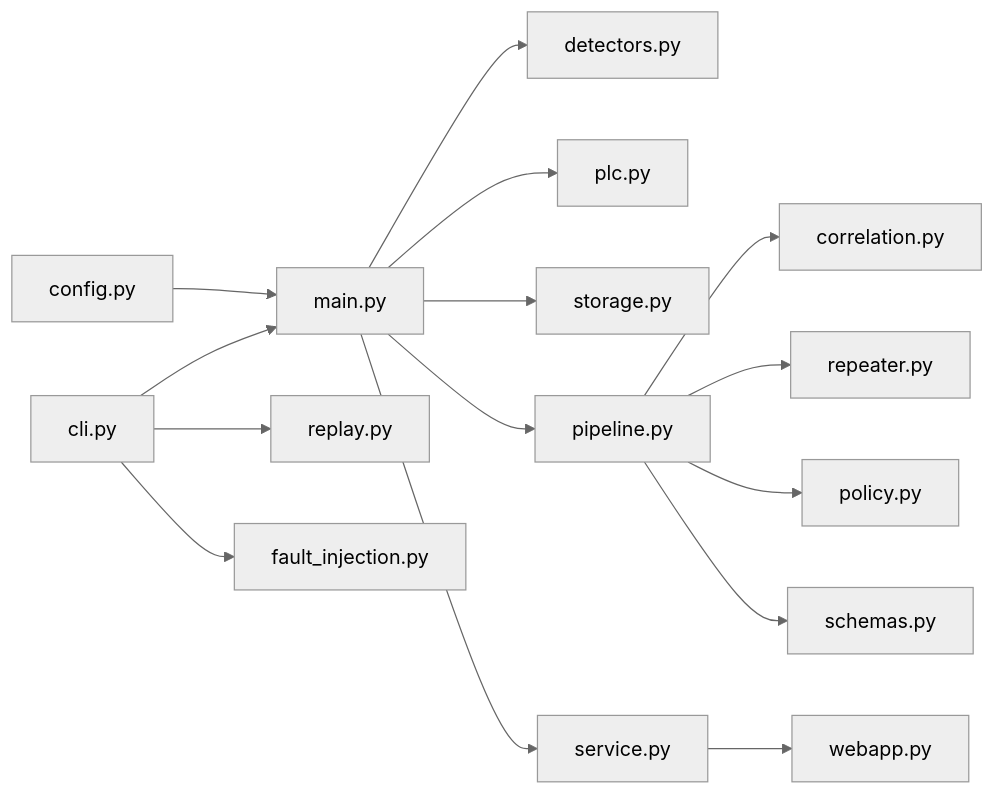
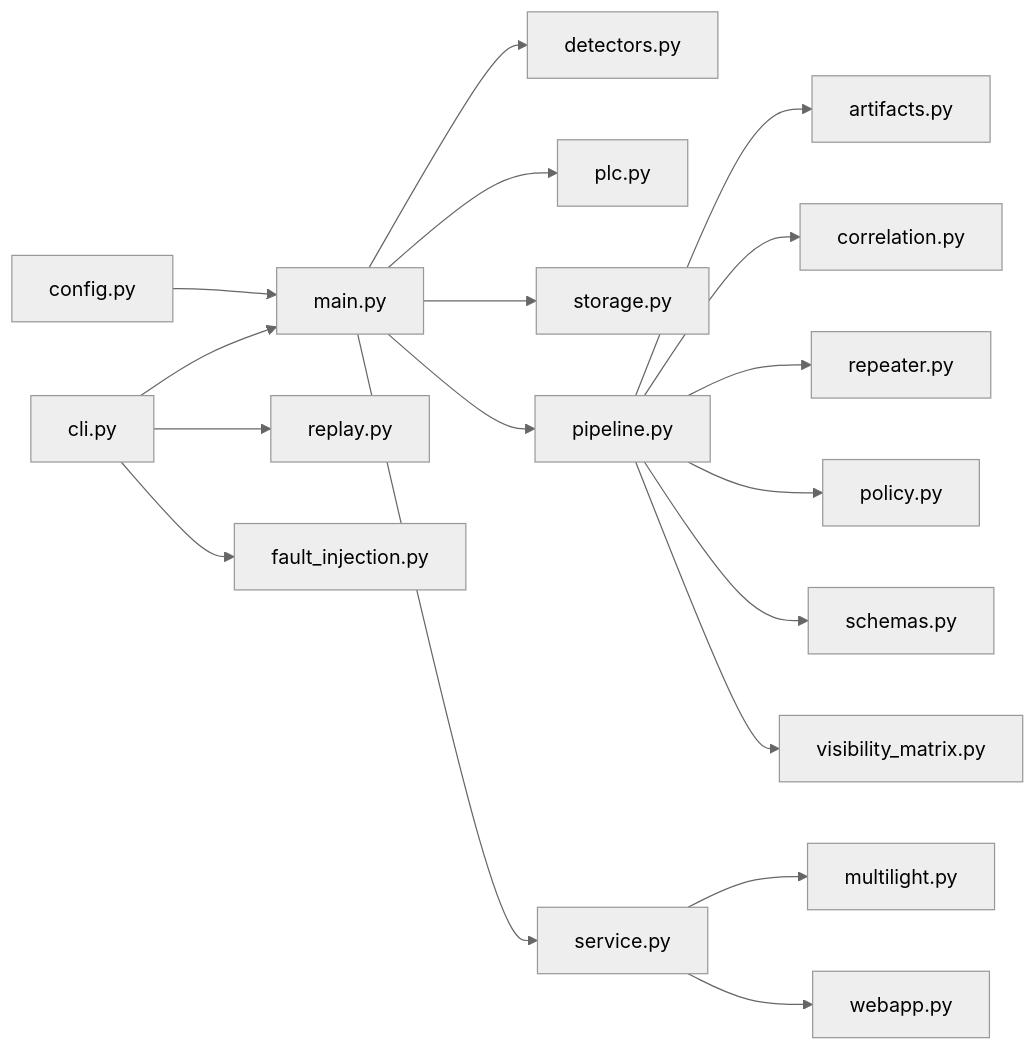
Before and after one commit to MzKyle/Defect-detection-of-water-sampling-bags: the diagram in docs/modules/README.md, drawn with Mermaid (neutral theme). The commit also changed other lines of this file and 43 other files, not shown here.

````diff
--- a/docs/modules/README.md
+++ b/docs/modules/README.md
@@ -7,17 +7,20 @@
 ```mermaid
 graph LR
     CFG["config.py"] --> MAIN["main.py"]
     MAIN --> DET["detectors.py"]
     MAIN --> PLC["plc.py"]
     MAIN --> DB["storage.py"]
     MAIN --> PIPE["pipeline.py"]
+    PIPE --> ART["artifacts.py"]
     PIPE --> COR["correlation.py"]
     PIPE --> REP["repeater.py"]
     PIPE --> POL["policy.py"]
     PIPE --> SCH["schemas.py"]
+    PIPE --> VIS["visibility_matrix.py"]
     MAIN --> RT["service.py"]
+    RT --> ML["multilight.py"]
     RT --> WEB["webapp.py"]
     CLI["cli.py"] --> MAIN
     CLI --> RPL["replay.py"]
     CLI --> FI["fault_injection.py"]
 ```
````
